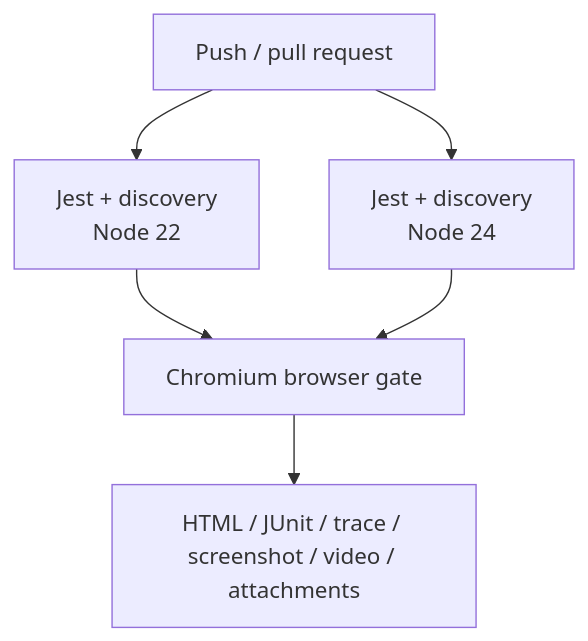
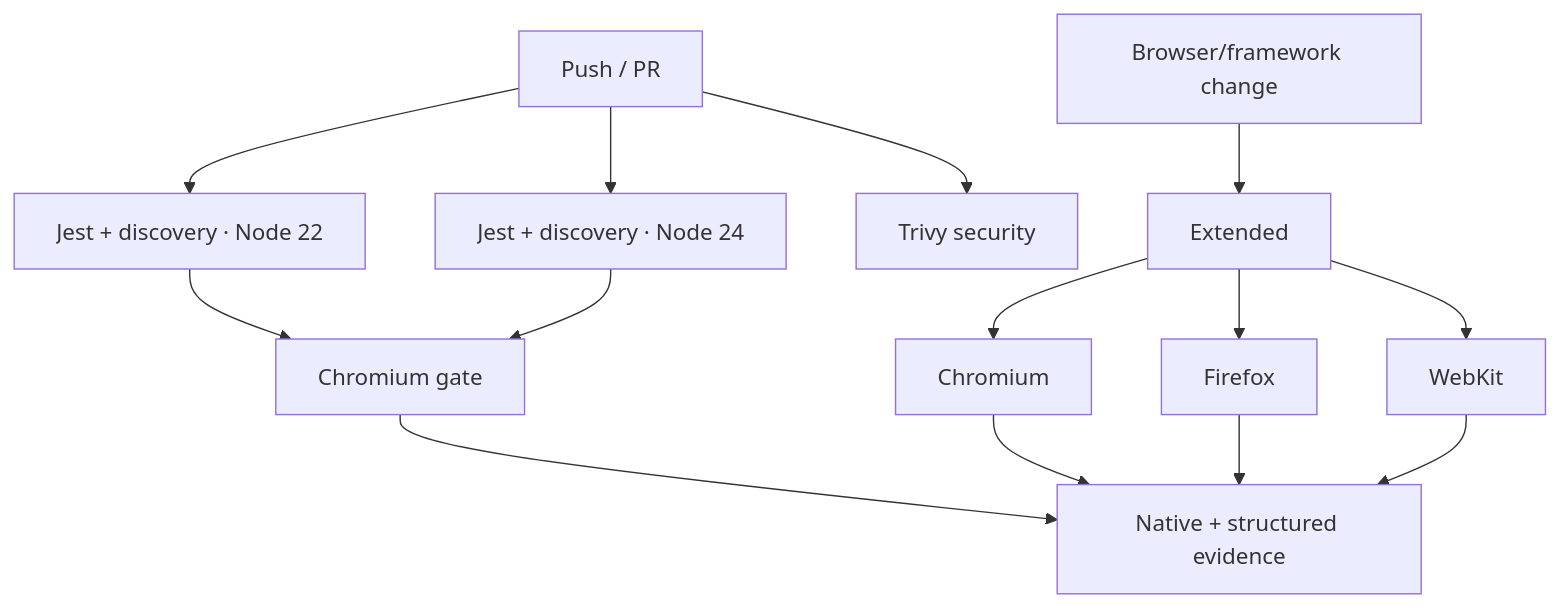
The third of 3 diagrams in README.md (portyu9/qa-automation-node-playwright), drawn with Mermaid before and after one commit. The commit also changed other lines of this file and 3 other files, not shown here.

````diff
--- a/README.md
+++ b/README.md
@@ -209,10 +287,16 @@
 ```mermaid
 flowchart TD
-    PR[Push / pull request] --> U22[Jest + discovery
-Node 22]
-    PR --> U24[Jest + discovery
-Node 24]
-    U22 --> E2E[Chromium browser gate]
-    U24 --> E2E
-    E2E --> ART[HTML / JUnit / trace / screenshot / video / attachments]
+    PR[Push / PR] --> N22[Jest + discovery · Node 22]
+    PR --> N24[Jest + discovery · Node 24]
+    N22 --> CH[Chromium gate]
+    N24 --> CH
+    PR --> SEC[Trivy security]
+    BCHANGE[Browser/framework change] --> EXT[Extended]
+    EXT --> C[Chromium]
+    EXT --> F[Firefox]
+    EXT --> W[WebKit]
+    CH --> ART[Native + structured evidence]
+    C --> ART
+    F --> ART
+    W --> ART
 ```
````
